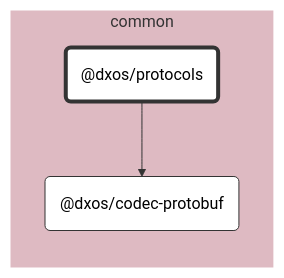
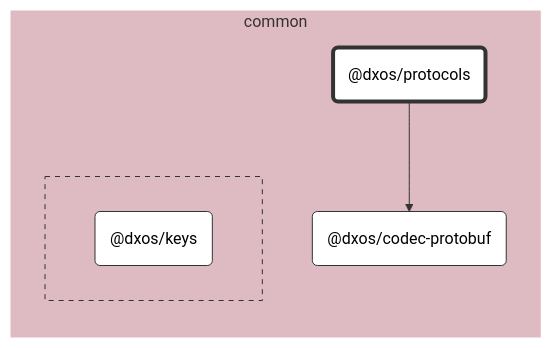
Before and after one commit to dxos/dxos: the diagram in packages/common/protocols/docs/README.md, drawn with Mermaid (neutral theme). The commit also changed other lines of this file and 52 other files, not shown here.

````diff
--- a/packages/common/protocols/docs/README.md
+++ b/packages/common/protocols/docs/README.md
@@ -7,23 +7,29 @@
 ```mermaid
 %%{ init: {'flowchart':{'curve':'basis'}} }%%
 
 flowchart LR
 
 %% Classes
 classDef def fill:#fff,stroke:#333,stroke-width:1px
 classDef root fill:#fff,stroke:#333,stroke-width:4px
 
 %% Nodes
 
 subgraph common [common]
   style common fill:#debac2,stroke:#fff
   dxos/protocols("@dxos/protocols"):::root
   click dxos/protocols "dxos/dxos/tree/main/packages/common/protocols/docs"
   dxos/codec-protobuf("@dxos/codec-protobuf"):::def
   click dxos/codec-protobuf "dxos/dxos/tree/main/packages/common/codec-protobuf/docs"
+
+  subgraph common-excluded [ ]
+    style common-excluded fill:#debac2,stroke:#333,stroke-dasharray:5 5
+    dxos/keys("@dxos/keys"):::def
+    click dxos/keys "dxos/dxos/tree/main/packages/common/keys/docs"
+  end
 end
 
 %% Links
 linkStyle default stroke:#333,stroke-width:1px
 dxos/protocols --> dxos/codec-protobuf
 ```
````
